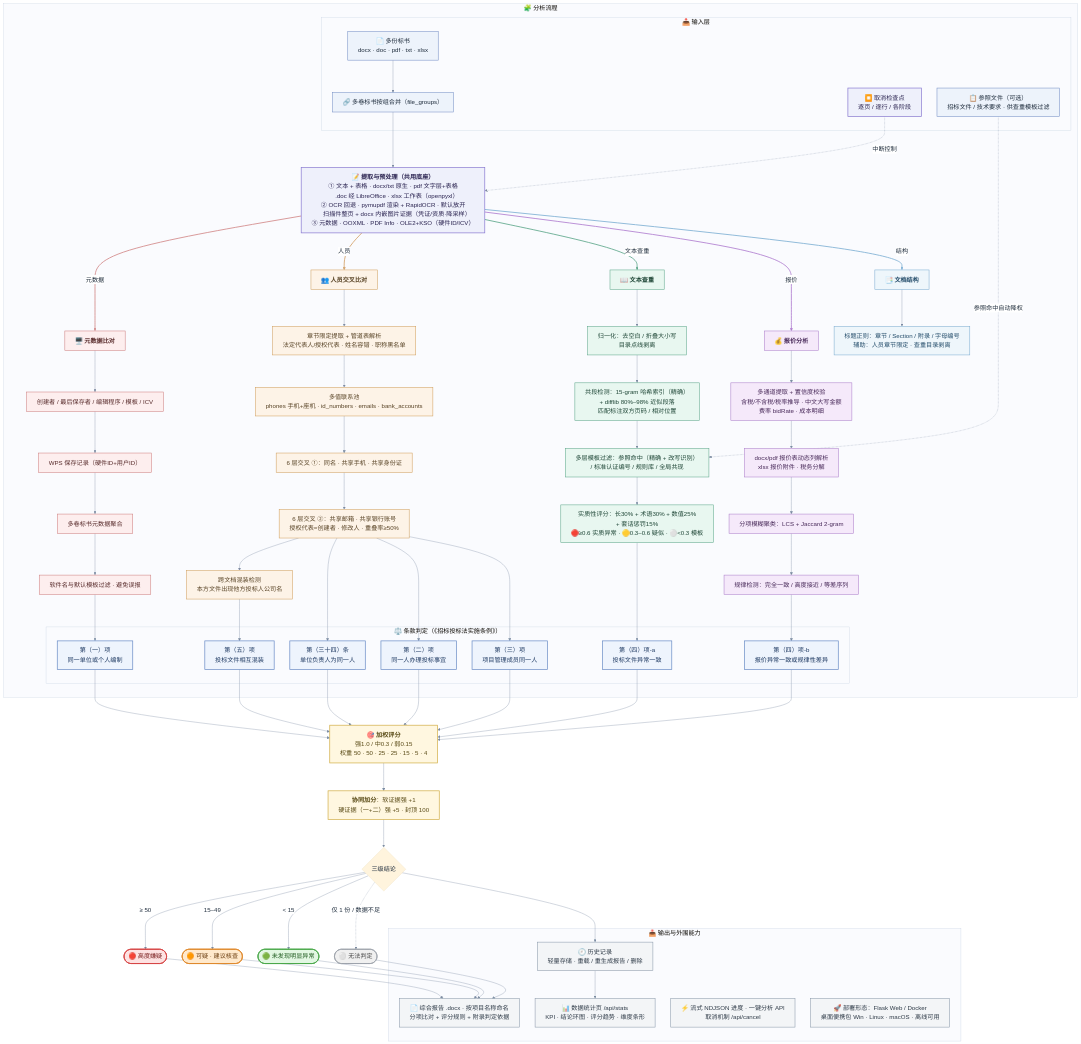
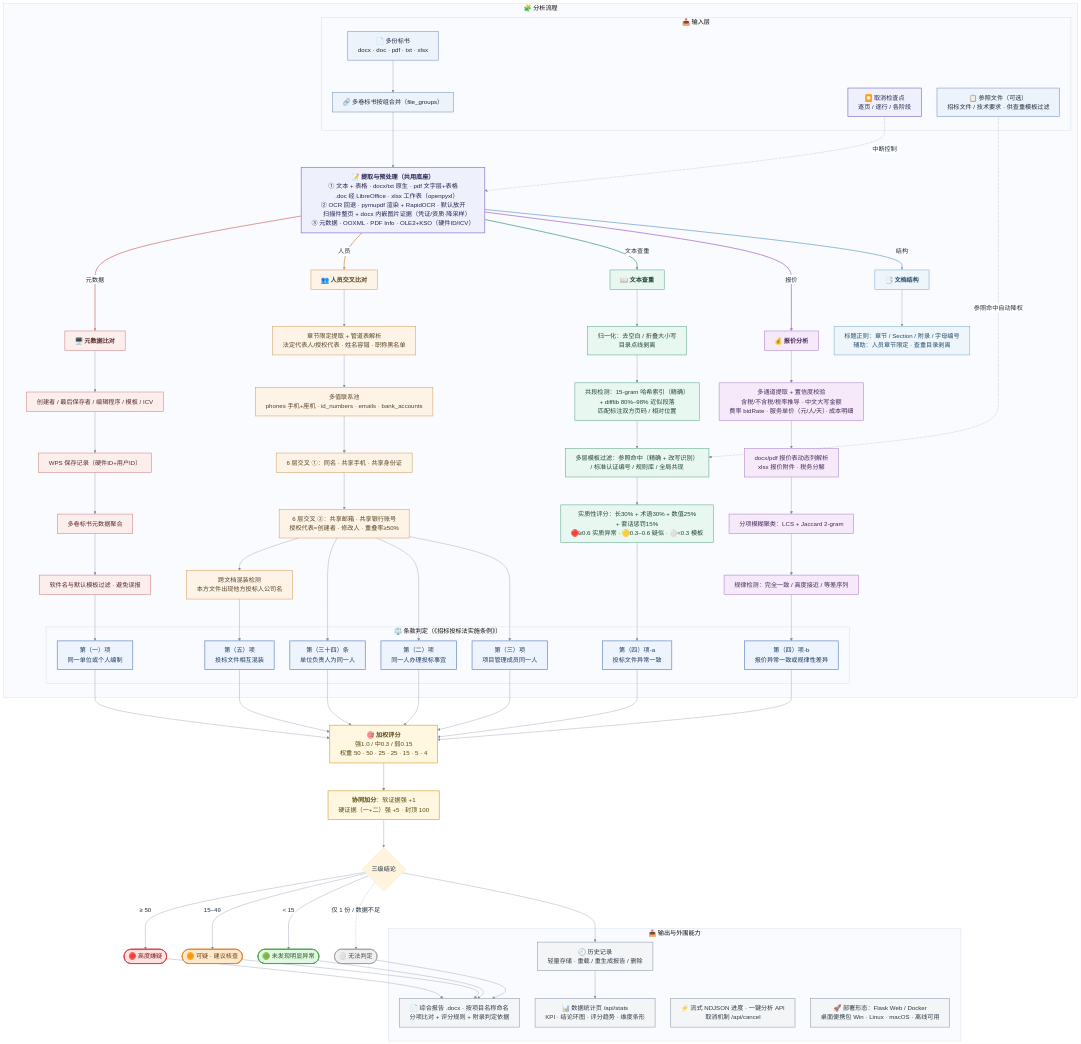
The diagram in output/整体流程图mermaid.md (yjiao286/xingyicha-bid-rigging-detection), drawn with Mermaid before and after one commit. The commit also changed 6 other files, not shown here.

```diff
--- a/output/整体流程图mermaid.md
+++ b/output/整体流程图mermaid.md
@@ -34,7 +34,7 @@
         T4["实质性评分：长30% + 术语30% + 数值25%<br/>+ 套话惩罚15%<br/>🔴≥0.6 实质异常 · 🟡0.3–0.6 疑似 · ⚪&lt;0.3 模板"]
 
         R0["<b>💰 报价分析</b>"]
-        R1["多通道提取 + 置信度校验<br/>含税/不含税/税率推导 · 中文大写金额<br/>费率 bidRate · 成本明细"]
+        R1["多通道提取 + 置信度校验<br/>含税/不含税/税率推导 · 中文大写金额<br/>费率 bidRate · 服务单价（元/人/天）· 成本明细"]
         R2["docx/pdf 报价表动态列解析<br/>xlsx 报价附件 · 税务分解"]
         R3["分项模糊聚类：LCS + Jaccard 2-gram"]
         R4["规律检测：完全一致 / 高度接近 / 等差序列"]
```
